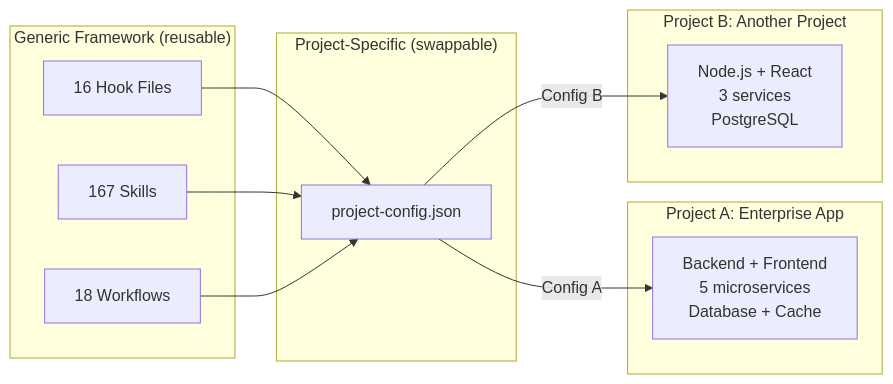
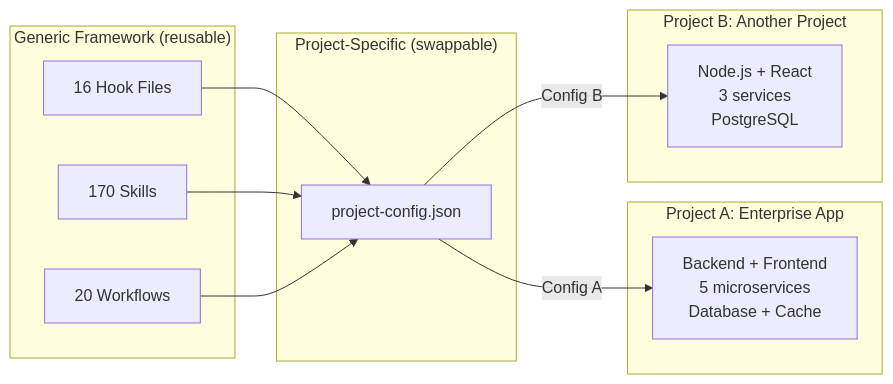
The eighth of 20 diagrams in .claude/docs/claude-ai-agent-framework-guide.md (duc01226/easy-claude), drawn with Mermaid before and after one commit. The commit also changed other lines of this file and 127 other files, not shown here.

````diff
--- a/.claude/docs/claude-ai-agent-framework-guide.md
+++ b/.claude/docs/claude-ai-agent-framework-guide.md
@@ -877,24 +878,24 @@
 ```mermaid
 graph LR
     subgraph "Generic Framework (reusable)"
         H[16 Hook Files]
-        S[167 Skills]
-        W[18 Workflows]
+        S[170 Skills]
+        W[20 Workflows]
     end
 
     subgraph "Project-Specific (swappable)"
         PC[project-config.json]
     end
 
     subgraph "Project A: Enterprise App"
         PA[Backend + Frontend<br/>5 microservices<br/>Database + Cache]
     end
 
     subgraph "Project B: Another Project"
         PB[Node.js + React<br/>3 services<br/>PostgreSQL]
     end
 
     H & S & W --> PC
     PC -->|Config A| PA
     PC -->|Config B| PB
 ```
````
